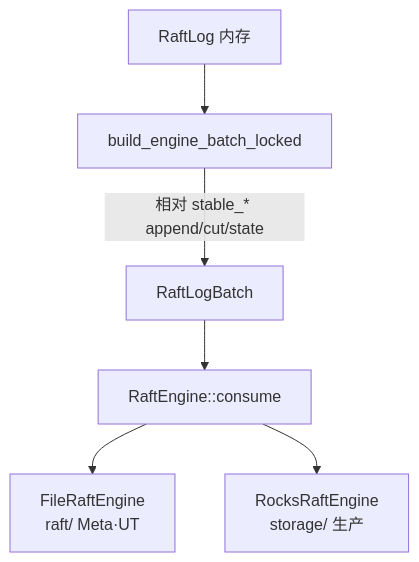
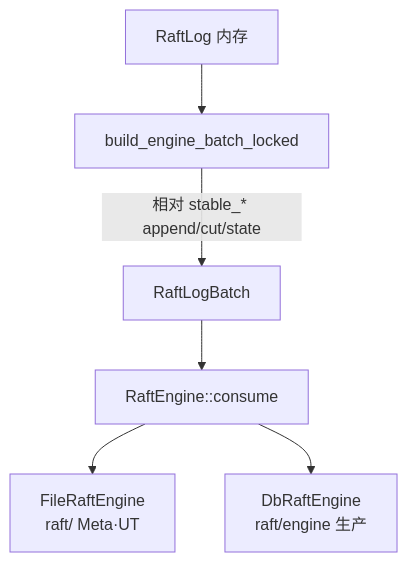
The fifth of 5 diagrams in docs/flows/35-raft-module-call-flows.md (devotionalist/openkv), drawn with Mermaid before and after one commit. The commit also changed other lines of this file and 56 other files, not shown here.

````diff
--- a/docs/flows/35-raft-module-call-flows.md
+++ b/docs/flows/35-raft-module-call-flows.md
@@ -177,8 +177,8 @@
 ```mermaid
 flowchart TB
   A[RaftLog 内存] --> B[build_engine_batch_locked]
   B -->|相对 stable_* append/cut/state| C[RaftLogBatch]
   C --> D[RaftEngine::consume]
   D --> E[FileRaftEngine<br/>raft/ Meta·UT]
-  D --> F[RocksRaftEngine<br/>storage/ 生产]
+  D --> F[DbRaftEngine<br/>raft/engine 生产]
 ```
````
